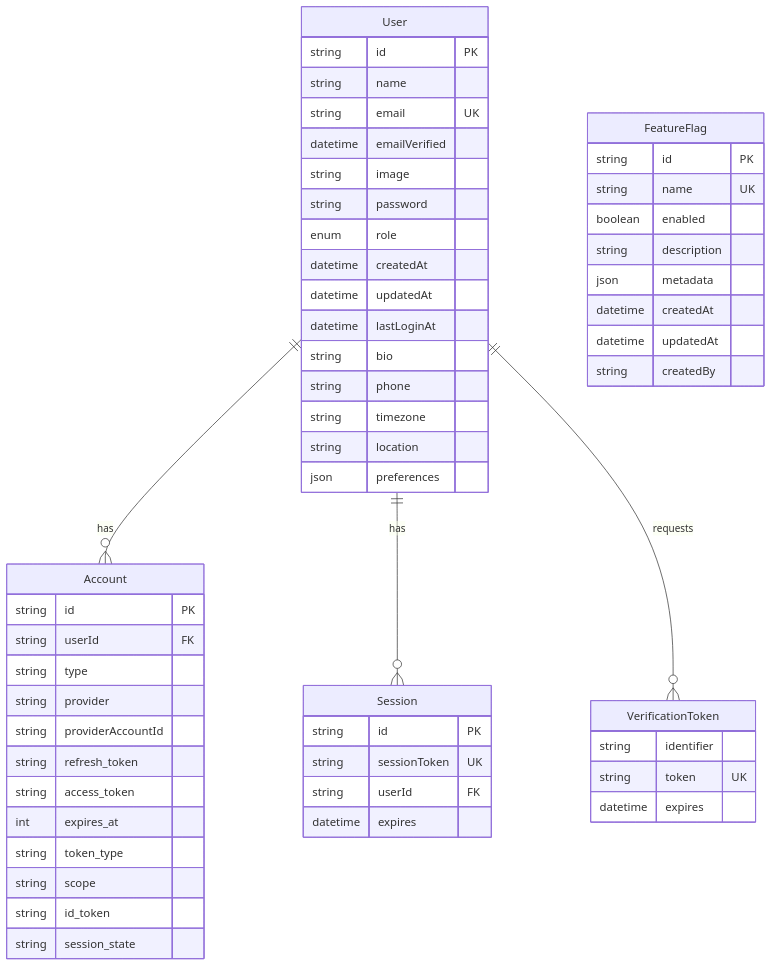
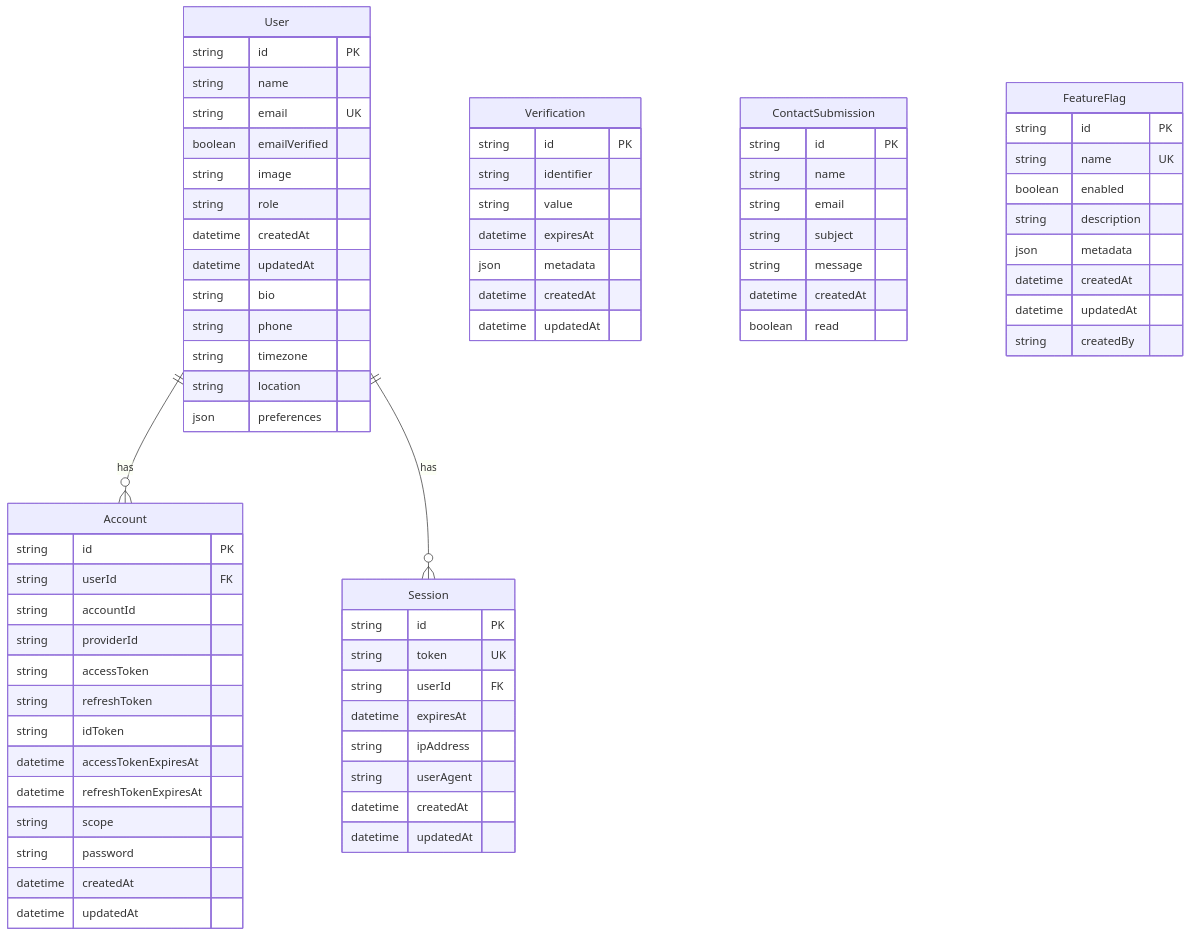
The diagram in .context/database/schema.md (human-centric-engineering/sunrise), drawn with Mermaid before and after one commit. The commit also changed other lines of this file and 32 other files, not shown here.

````diff
--- a/.context/database/schema.md
+++ b/.context/database/schema.md
@@ -9,62 +9,78 @@
 ```mermaid
 erDiagram
     User ||--o{ Account : "has"
     User ||--o{ Session : "has"
-    User ||--o{ VerificationToken : "requests"
     User {
         string id PK
         string name
         string email UK
-        datetime emailVerified
+        boolean emailVerified
         string image
-        string password
-        enum role
+        string role
         datetime createdAt
         datetime updatedAt
-        datetime lastLoginAt
         string bio
         string phone
         string timezone
         string location
         json preferences
     }
 
     Account {
         string id PK
         string userId FK
-        string type
-        string provider
-        string providerAccountId
-        string refresh_token
-        string access_token
-        int expires_at
-        string token_type
+        string accountId
+        string providerId
+        string accessToken
+        string refreshToken
+        string idToken
+        datetime accessTokenExpiresAt
+        datetime refreshTokenExpiresAt
         string scope
-        string id_token
-        string session_state
+        string password
+        datetime createdAt
+        datetime updatedAt
     }
 
     Session {
         string id PK
-        string sessionToken UK
+        string token UK
         string userId FK
-        datetime expires
+        datetime expiresAt
+        string ipAddress
+        string userAgent
+        datetime createdAt
+        datetime updatedAt
     }
 
-    VerificationToken {
+    Verification {
+        string id PK
         string identifier
-        string token UK
-        datetime expires
+        string value
+        datetime expiresAt
+        json metadata
+        datetime createdAt
+        datetime updatedAt
+    }
+
+    ContactSubmission {
+        string id PK
+        string name
+        string email
+        string subject
+        string message
+        datetime createdAt
+        boolean read
     }
 
     FeatureFlag {
         string id PK
         string name UK
         boolean enabled
         string description
         json metadata
         datetime createdAt
         datetime updatedAt
         string createdBy
     }
 ```
````
